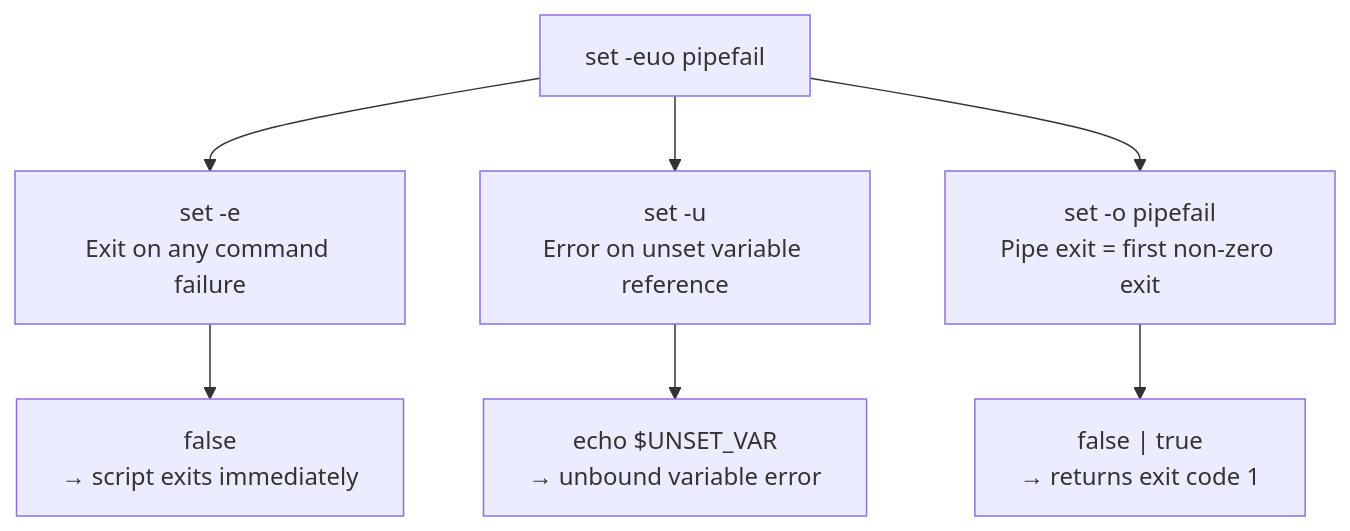
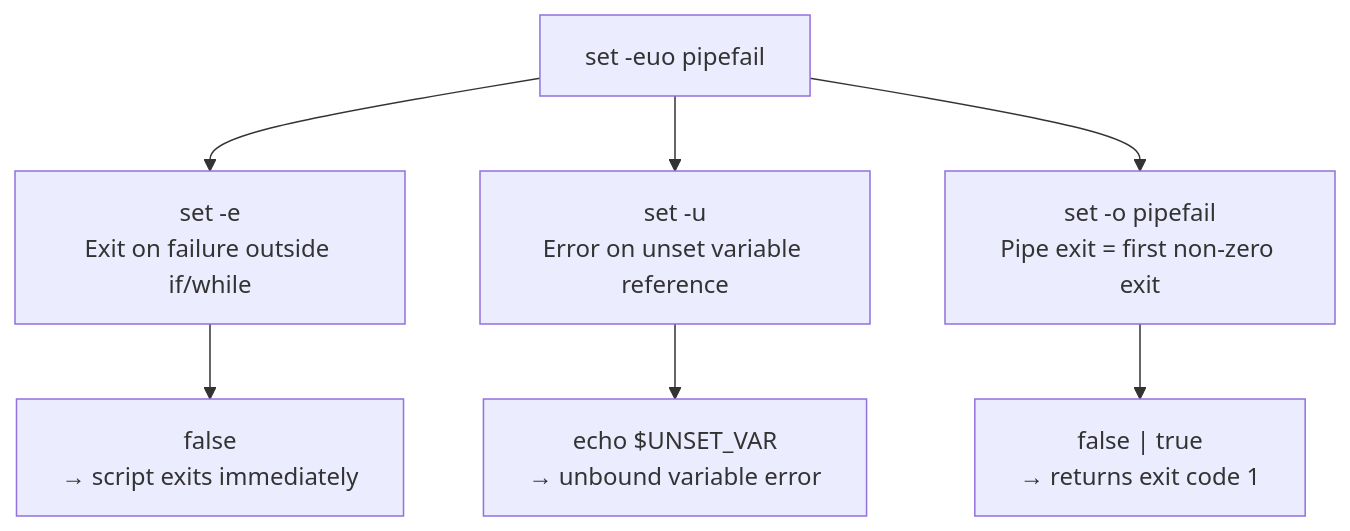
The second of 5 diagrams in module-02-scripting-automation.md (UncleJS/course_devops_career), drawn with Mermaid before and after one commit. The commit also changed other lines of this file and 16 other files, not shown here.

````diff
--- a/module-02-scripting-automation.md
+++ b/module-02-scripting-automation.md
@@ -119,11 +83,11 @@
 ```mermaid
 flowchart TD
     PIPEFAIL["set -euo pipefail"]
-    PIPEFAIL --> E["set -e<br/>Exit on any command failure"]
+    PIPEFAIL --> E["set -e<br/>Exit on failure outside if/while"]
     PIPEFAIL --> U["set -u<br/>Error on unset variable reference"]
     PIPEFAIL --> PF["set -o pipefail<br/>Pipe exit = first non-zero exit"]
 
     E --> E1["false<br/>→ script exits immediately"]
     U --> U1["echo $UNSET_VAR<br/>→ unbound variable error"]
     PF --> PF1["false | true<br/>→ returns exit code 1"]
 ```
````
